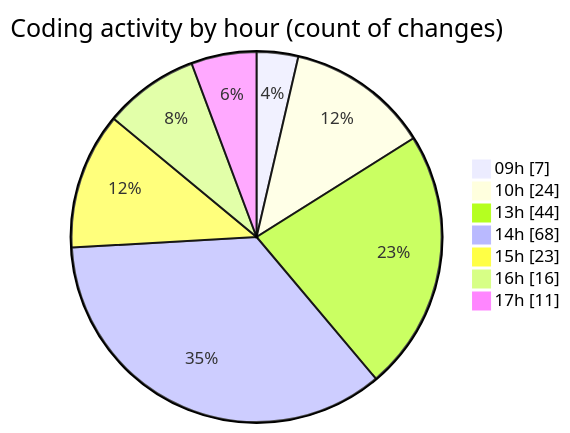
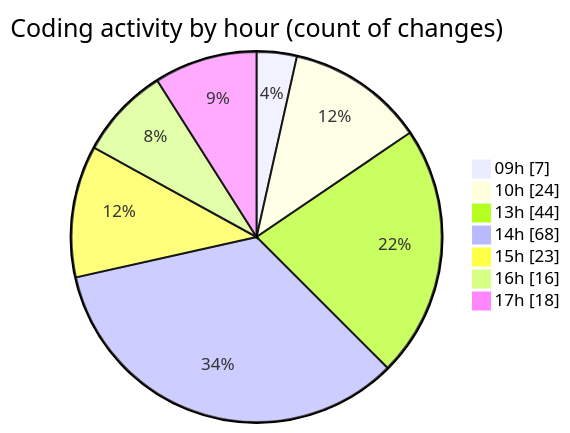
The second of 2 diagrams in 2025-04-10/cda/README.md (momahboobian/code-tracking), drawn with Mermaid before and after one commit. The commit also changed other lines of this file and 1 other file, not shown here.

````diff
--- a/2025-04-10/cda/README.md
+++ b/2025-04-10/cda/README.md
@@ -35,11 +35,11 @@
 ```mermaid
 pie showData
 title Coding activity by hour (count of changes)
 "09h" : 7
 "10h" : 24
 "13h" : 44
 "14h" : 68
 "15h" : 23
 "16h" : 16
-"17h" : 11
+"17h" : 18
 ```
````
